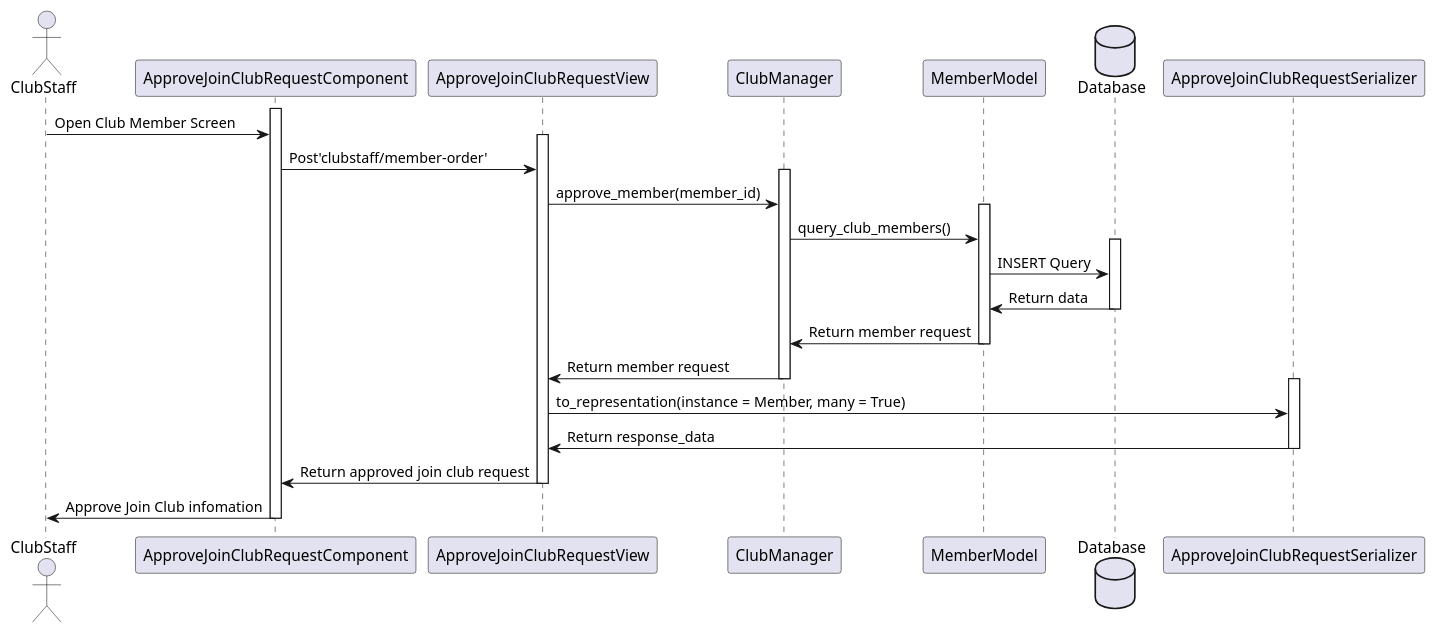
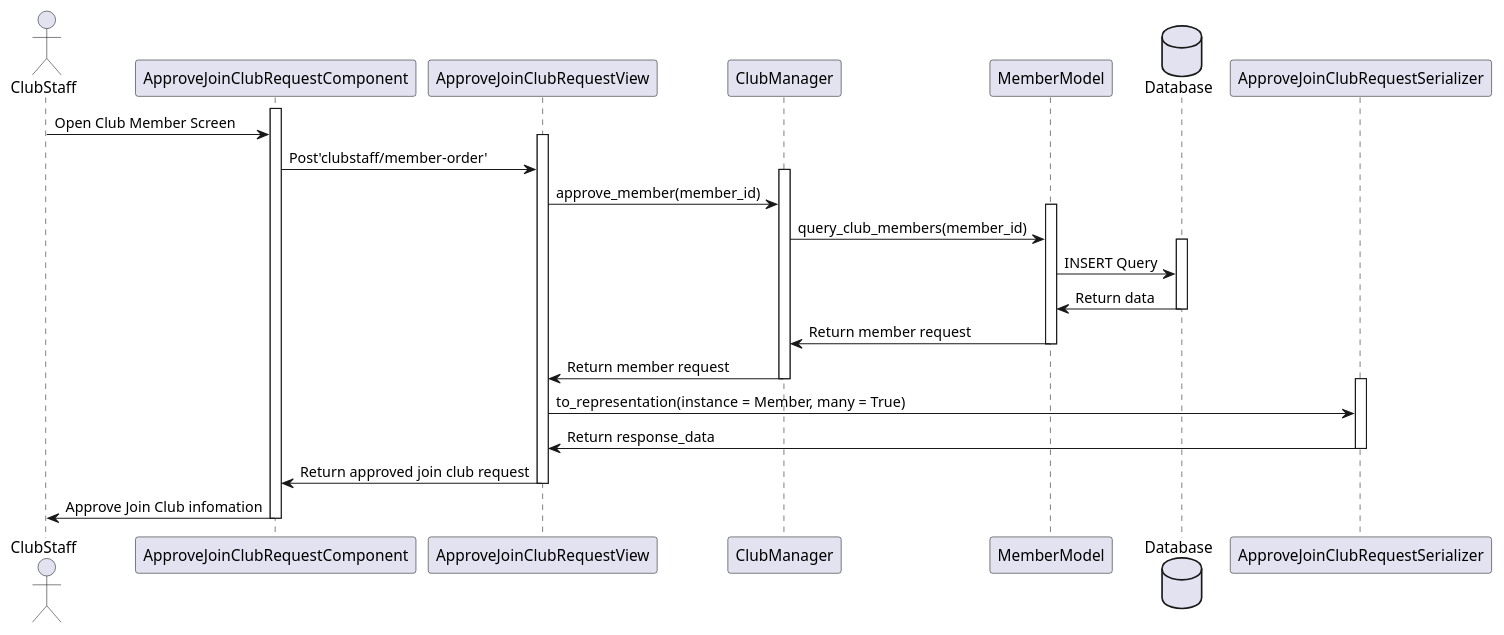
Before and after one commit to ljttl3q04t/Book-Over-There: the diagram in uml/021-sequence-approve-join-club-request.wsd, drawn with PlantUML. The commit also changed 2 other files, not shown here.

Commit message:
update sequence

```diff
--- a/uml/021-sequence-approve-join-club-request.wsd
+++ b/uml/021-sequence-approve-join-club-request.wsd
@@ -1,28 +1,28 @@
 @startuml
 actor ClubStaff
 activate ApproveJoinClubRequestComponent
 ClubStaff -> ApproveJoinClubRequestComponent: Open Club Member Screen 
 activate ApproveJoinClubRequestView
 ApproveJoinClubRequestComponent -> ApproveJoinClubRequestView: Post'clubstaff/member-order'
 activate ClubManager
 ApproveJoinClubRequestView -> ClubManager: approve_member(member_id)
 activate MemberModel
-ClubManager -> MemberModel: query_club_members()
+ClubManager -> MemberModel: query_club_members(member_id)
 database Database
 activate Database
 MemberModel -> Database: INSERT Query
 Database -> MemberModel: Return data
 deactivate Database
 MemberModel -> ClubManager: Return member request
 deactivate MemberModel
 ClubManager -> ApproveJoinClubRequestView: Return member request
 deactivate ClubManager
 activate ApproveJoinClubRequestSerializer
 ApproveJoinClubRequestView -> ApproveJoinClubRequestSerializer: to_representation(instance = Member, many = True)
 ApproveJoinClubRequestSerializer -> ApproveJoinClubRequestView: Return response_data
 deactivate ApproveJoinClubRequestSerializer
 ApproveJoinClubRequestView -> ApproveJoinClubRequestComponent:Return approved join club request
 deactivate ApproveJoinClubRequestView
 ApproveJoinClubRequestComponent -> ClubStaff: Approve Join Club infomation
 deactivate ApproveJoinClubRequestComponent
 @enduml
```
